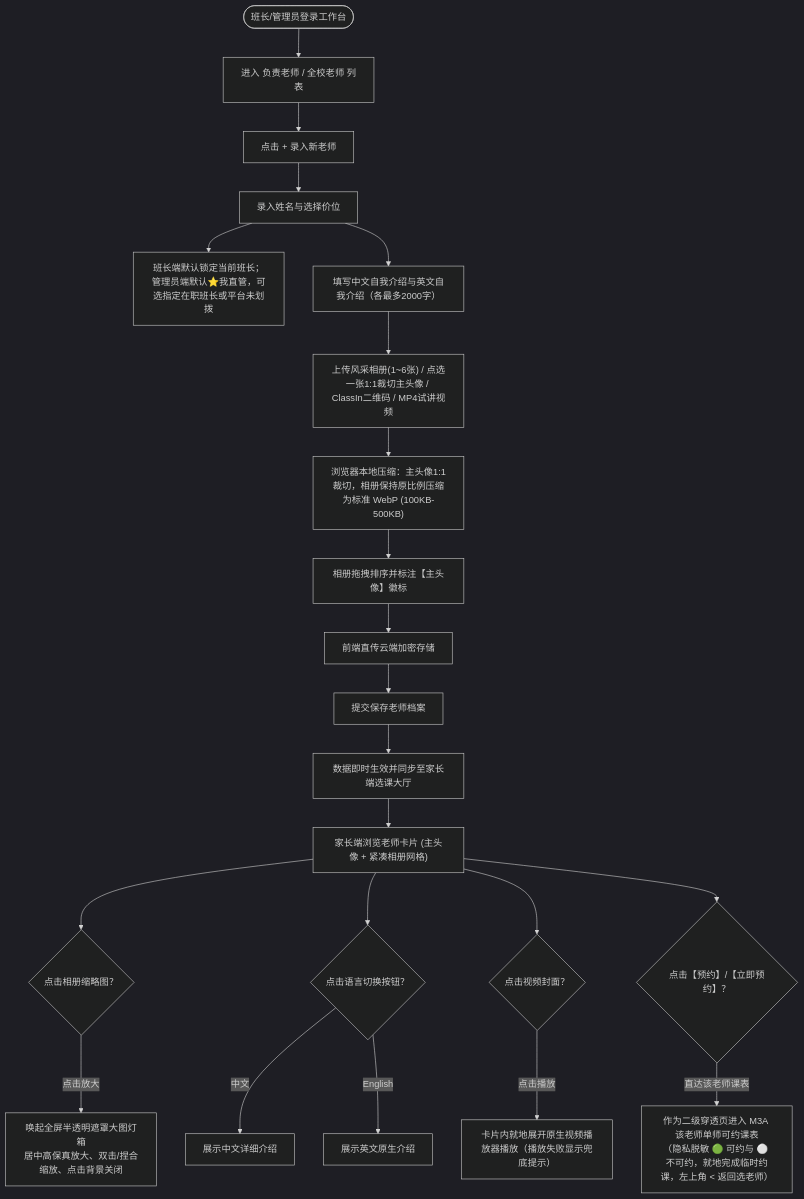
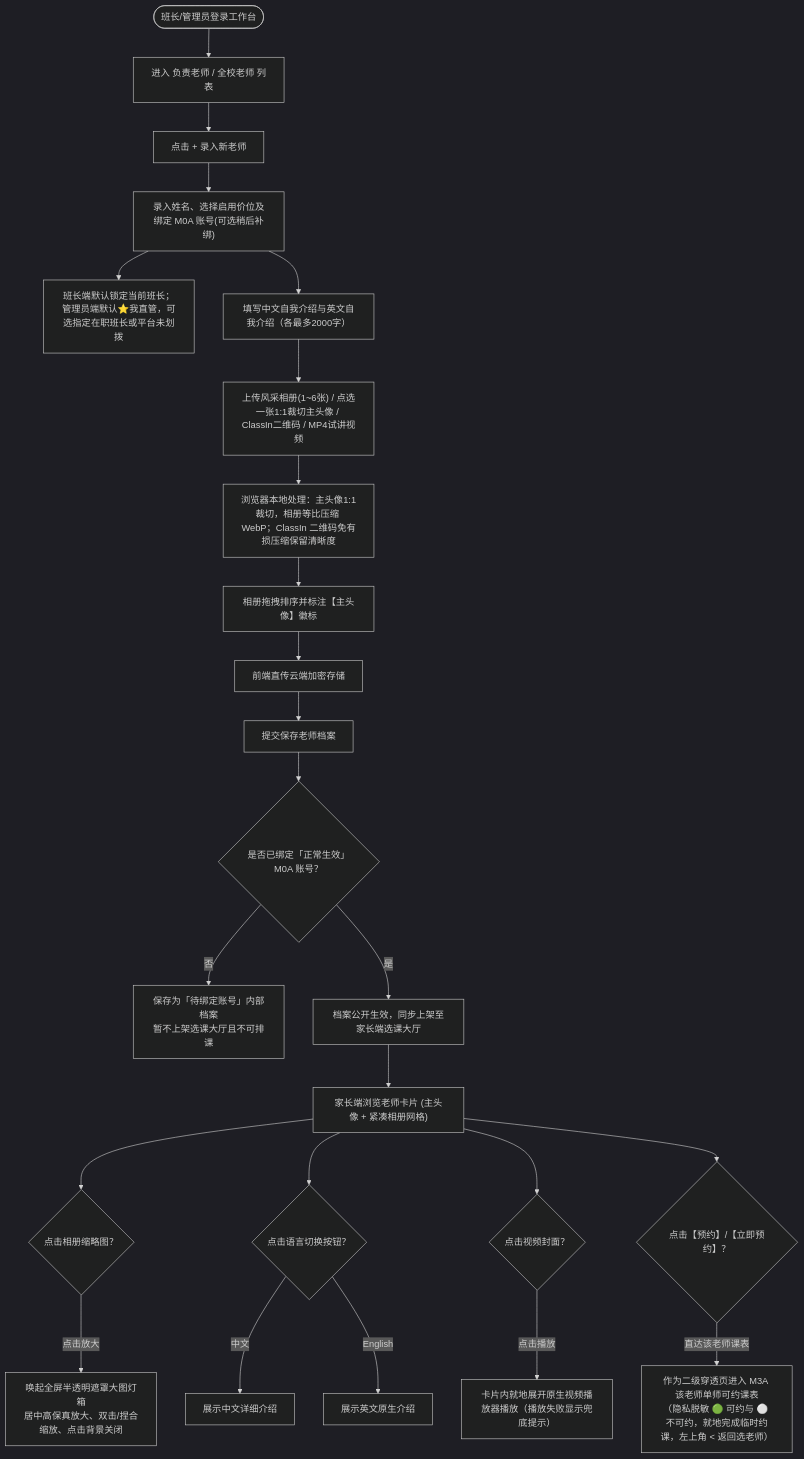
One commit to Onezao/dream changed the first of 9 diagrams in docs/prd/m1b_teacher_profile.md. Above: the diagram before and after it, drawn with Mermaid (dark theme). The commit also changed other lines of this file and 34 other files, not shown here.

````diff
--- a/docs/prd/m1b_teacher_profile.md
+++ b/docs/prd/m1b_teacher_profile.md
@@ -51,32 +51,34 @@
 ```mermaid
 flowchart TD
     Start(["班长/管理员登录工作台"]) --> NavTeacher["进入 负责老师 / 全校老师 列表"]
     NavTeacher --> ClickCreate["点击 + 录入新老师"]
     
-    ClickCreate --> InputBase["录入姓名与选择价位"]
+    ClickCreate --> InputBase["录入姓名、选择启用价位及绑定 M0A 账号(可选稍后补绑)"]
     InputBase --> AutoBind["班长端默认锁定当前班长；管理员端默认⭐我直管，可选指定在职班长或平台未划拨"]
     InputBase --> InputBio["填写中文自我介绍与英文自我介绍（各最多2000字）"]
     
     InputBio --> UploadMedia["上传风采相册(1~6张) / 点选一张1:1裁切主头像 / ClassIn二维码 / MP4试讲视频"]
-    UploadMedia --> ClientCrop["浏览器本地压缩：主头像1:1裁切，相册保持原比例压缩为标准 WebP (100KB-500KB)"]
+    UploadMedia --> ClientCrop["浏览器本地处理：主头像1:1裁切，相册等比压缩 WebP；ClassIn 二维码免有损压缩保留清晰度"]
     ClientCrop --> ReorderPhotos["相册拖拽排序并标注【主头像】徽标"]
     ReorderPhotos --> PresignedDirect["前端直传云端加密存储"]
     PresignedDirect --> SaveProfile["提交保存老师档案"]
     
-    SaveProfile --> PublicPublish["数据即时生效并同步至家长端选课大厅"]
+    SaveProfile --> BoundCheck{"是否已绑定「正常生效」M0A 账号？"}
+    BoundCheck -->|"否"| DraftHold["保存为「待绑定账号」内部档案\n暂不上架选课大厅且不可排课"]
+    BoundCheck -->|"是"| PublicPublish["档案公开生效，同步上架至家长端选课大厅"]
     
     PublicPublish --> ParentView["家长端浏览老师卡片 (主头像 + 紧凑相册网格)"]
     
     ParentView --> ClickPhoto{"点击相册缩略图？"}
     ClickPhoto -->|"点击放大"| LightboxModal["唤起全屏半透明遮罩大图灯箱\n居中高保真放大、双击/捏合缩放、点击背景关闭"]
     
     ParentView --> SwitchLang{"点击语言切换按钮？"}
     SwitchLang -->|"中文"| ShowZh["展示中文详细介绍"]
     SwitchLang -->|"English"| ShowEn["展示英文原生介绍"]
     
     ParentView --> ClickVideo{"点击视频封面？"}
     ClickVideo -->|"点击播放"| InPlacePlay["卡片内就地展开原生视频播放器播放（播放失败显示兜底提示）"]
 
     ParentView --> ClickBook{"点击【预约】/【立即预约】？"}
     ClickBook -->|"直达该老师课表"| TeacherCal["作为二级穿透页进入 M3A 该老师单师可约课表\n（隐私脱敏 🟢 可约与 ⚪ 不可约，就地完成临时约课，左上角 < 返回选老师）"]
 ```
````
